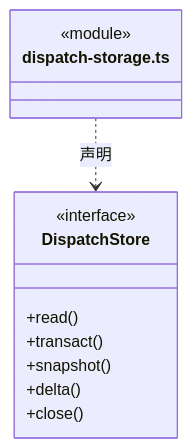
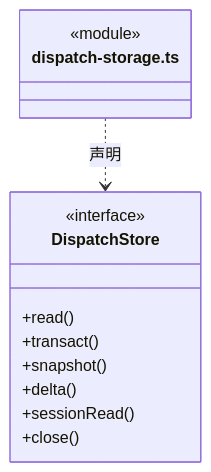
One commit to nan023062/cbim changed the ninth of 43 diagrams in src/backend/core/tasks/ARCHITECTURE.md. Above: the diagram before and after it, drawn with Mermaid. The commit also changed other lines of this file and 47 other files, not shown here.

````diff
--- a/src/backend/core/tasks/ARCHITECTURE.md
+++ b/src/backend/core/tasks/ARCHITECTURE.md
@@ -261,15 +262,16 @@
 ```mermaid
 classDiagram
 class N_src_backend_core_tasks_dispatch_storage_ts["dispatch-storage.ts"] {
   <<module>>
 }
 class N_src_backend_core_tasks_dispatch_storage_ts_DispatchStore["DispatchStore"] {
   <<interface>>
   +read()
   +transact()
   +snapshot()
   +delta()
+  +sessionRead()
   +close()
 }
 N_src_backend_core_tasks_dispatch_storage_ts ..> N_src_backend_core_tasks_dispatch_storage_ts_DispatchStore : 声明
 ```
````
